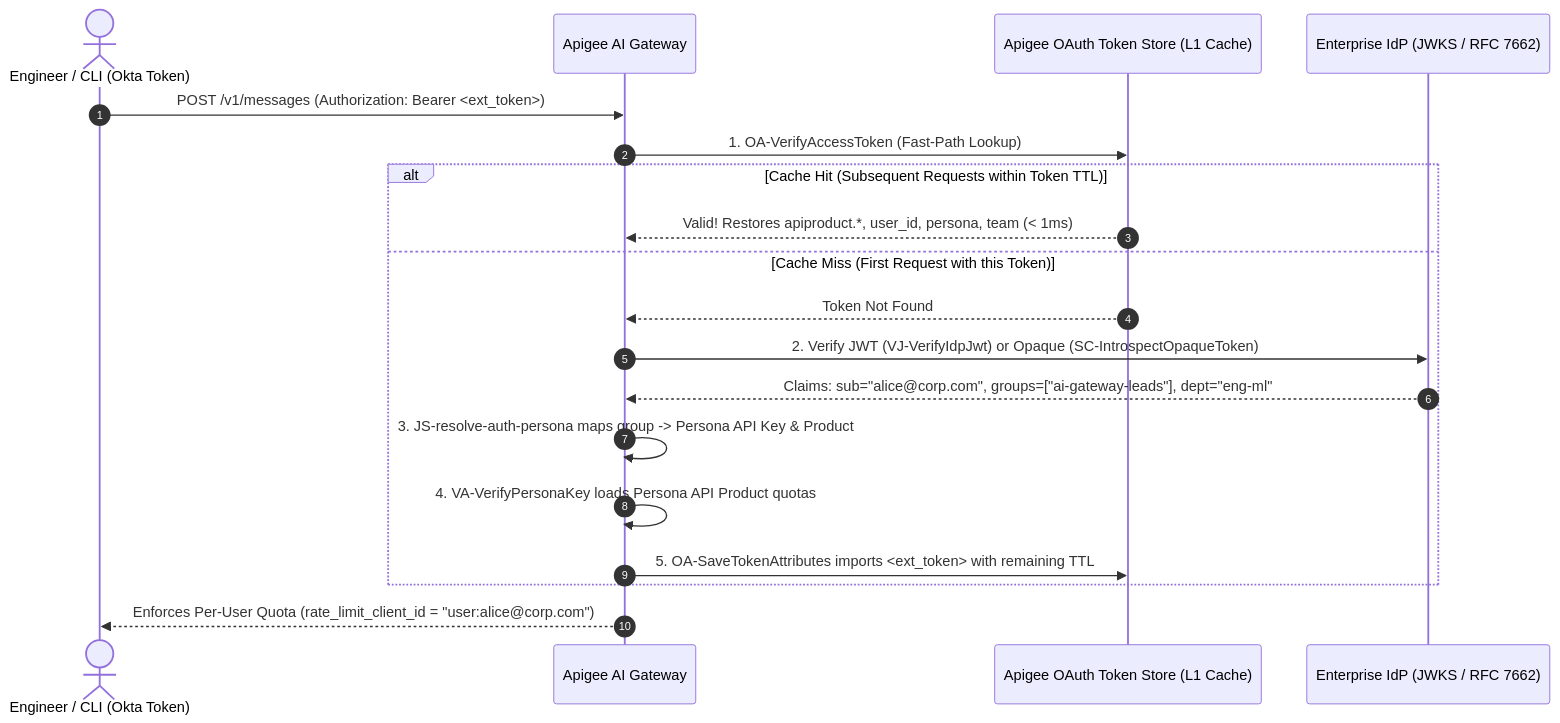
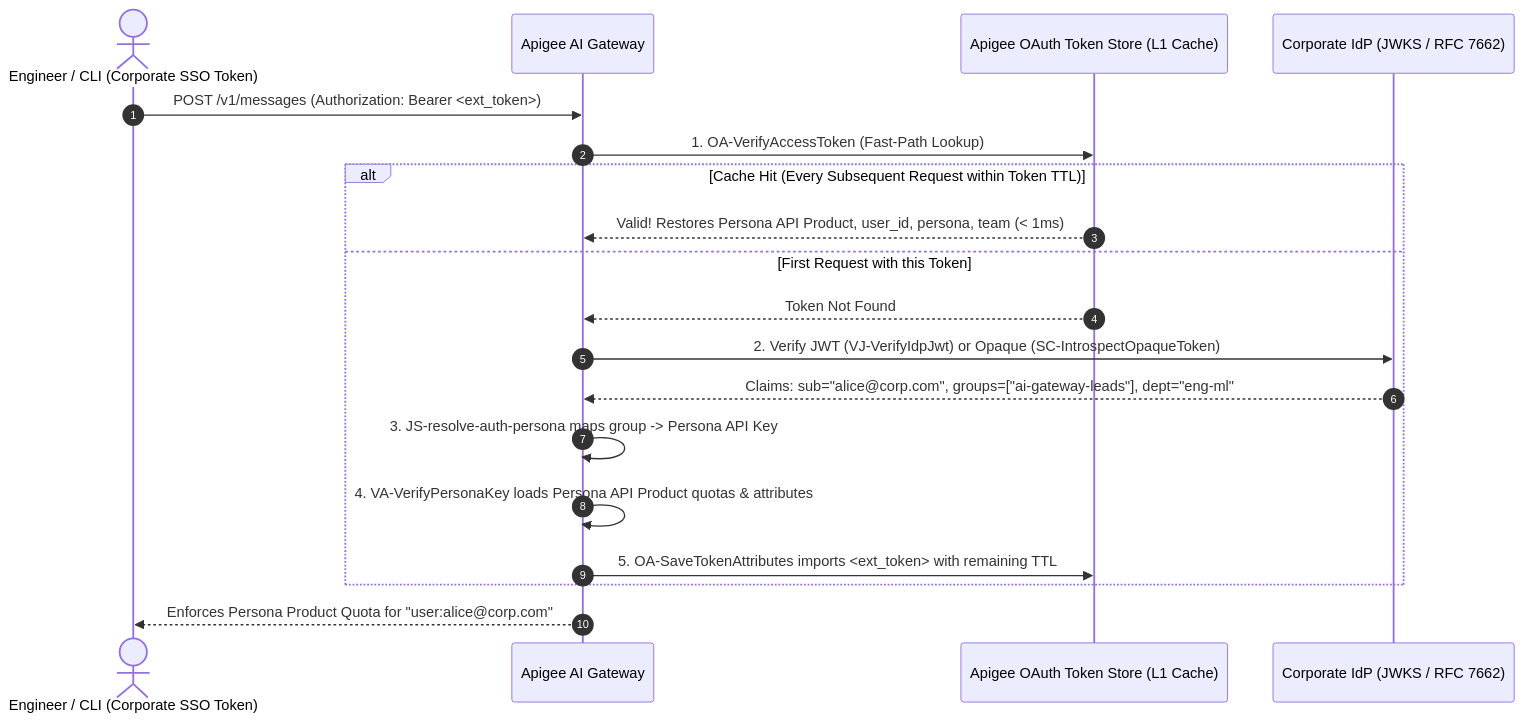
Before and after one commit to ra2085/ai-gw-sample: the second of 2 diagrams in docs/architecture/security.md, drawn with Mermaid. The commit also changed other lines of this file and 17 other files, not shown here.

````diff
--- a/docs/architecture/security.md
+++ b/docs/architecture/security.md
@@ -29,22 +66,22 @@
 ```mermaid
 sequenceDiagram
     autonumber
-    actor User as Engineer / CLI (Okta Token)
+    actor User as Engineer / CLI (Corporate SSO Token)
     participant GW as Apigee AI Gateway
     participant Store as Apigee OAuth Token Store (L1 Cache)
-    participant IdP as Enterprise IdP (JWKS / RFC 7662)
+    participant IdP as Corporate IdP (JWKS / RFC 7662)
 
     User->>GW: POST /v1/messages (Authorization: Bearer <ext_token>)
     GW->>Store: 1. OA-VerifyAccessToken (Fast-Path Lookup)
-    alt Cache Hit (Subsequent Requests within Token TTL)
-        Store-->>GW: Valid! Restores apiproduct.*, user_id, persona, team (< 1ms)
-    else Cache Miss (First Request with this Token)
+    alt Cache Hit (Every Subsequent Request within Token TTL)
+        Store-->>GW: Valid! Restores Persona API Product, user_id, persona, team (< 1ms)
+    else First Request with this Token
         Store-->>GW: Token Not Found
         GW->>IdP: 2. Verify JWT (VJ-VerifyIdpJwt) or Opaque (SC-IntrospectOpaqueToken)
         IdP-->>GW: Claims: sub="alice@corp.com", groups=["ai-gateway-leads"], dept="eng-ml"
-        GW->>GW: 3. JS-resolve-auth-persona maps group -> Persona API Key & Product
-        GW->>GW: 4. VA-VerifyPersonaKey loads Persona API Product quotas
+        GW->>GW: 3. JS-resolve-auth-persona maps group -> Persona API Key
+        GW->>GW: 4. VA-VerifyPersonaKey loads Persona API Product quotas & attributes
         GW->>Store: 5. OA-SaveTokenAttributes imports <ext_token> with remaining TTL
     end
-    GW-->>User: Enforces Per-User Quota (rate_limit_client_id = "user:alice@corp.com")
+    GW-->>User: Enforces Persona Product Quota for "user:alice@corp.com"
 ```
````
